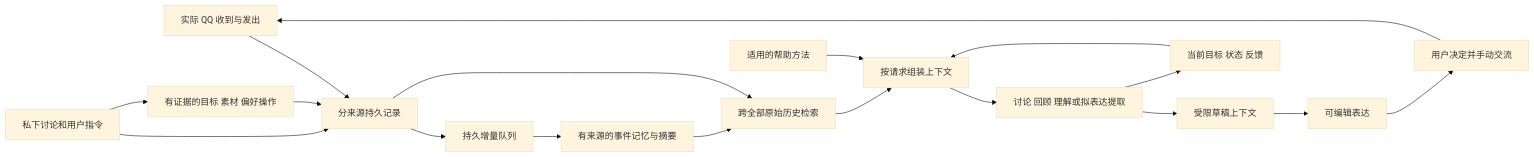
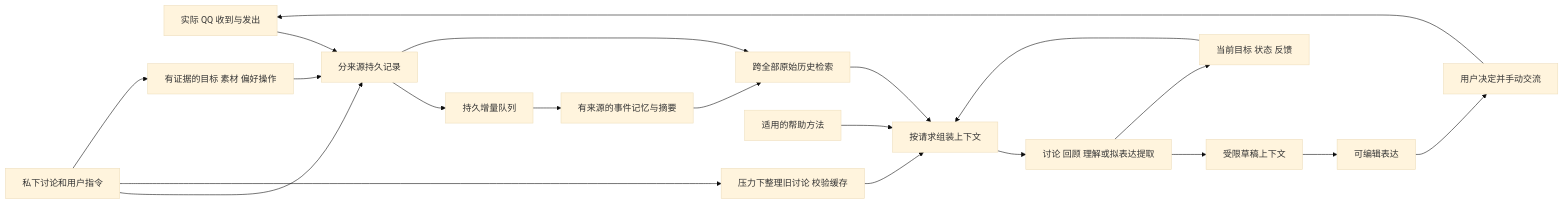
One commit to zhkzly/qq-chat-assistant changed the diagram in docs/context-management_CN.md. Above: the diagram before and after it, drawn with Mermaid (base theme). The commit also changed other lines of this file and 35 other files, not shown here.

````diff
--- a/docs/context-management_CN.md
+++ b/docs/context-management_CN.md
@@ -22,20 +22,22 @@
 ```mermaid
 flowchart LR
   QQ[实际 QQ 收到与发出] --> R[分来源持久记录]
   U[私下讨论和用户指令] --> R
+  U --> K[压力下整理旧讨论 校验缓存]
+  K --> C
   U --> A[有证据的目标 素材 偏好操作]
   A --> R
   R --> J[持久增量队列]
   J --> M[有来源的事件记忆与摘要]
   R --> S[跨全部原始历史检索]
   M --> S
   S --> C[按请求组装上下文]
   G[当前目标 状态 反馈] --> C
   H[适用的帮助方法] --> C
   C --> L[讨论 回顾 理解或拟表达提取]
   L --> D[受限草稿上下文]
   D --> W[可编辑表达]
   L --> G
   W --> Human[用户决定并手动交流]
   Human --> QQ
 ```
````
